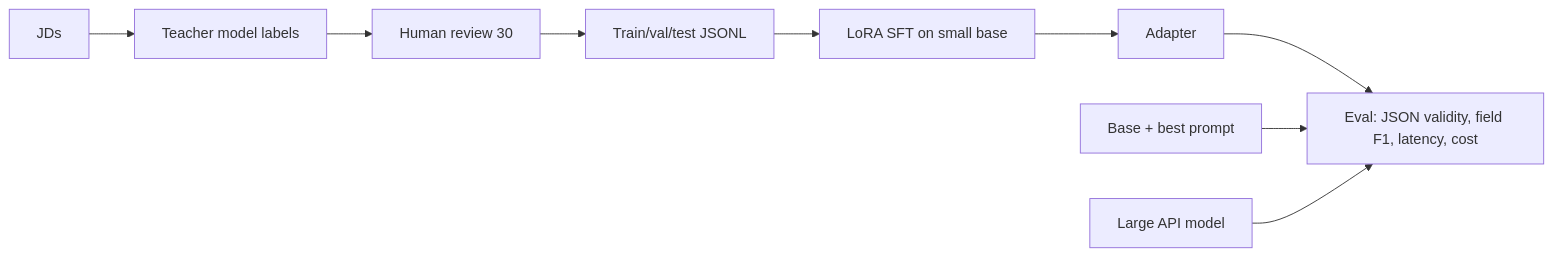
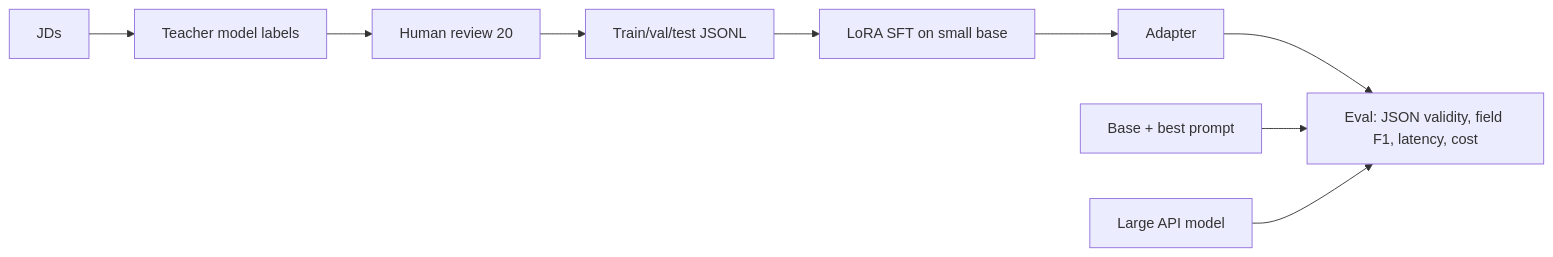
The fifth of 7 diagrams in AI Engineering/PROJECTS.md (Ricky6200/learning-plan), drawn with Mermaid before and after one commit. The commit also changed other lines of this file and 20 other files, not shown here.

````diff
--- a/AI Engineering/PROJECTS.md
+++ b/AI Engineering/PROJECTS.md
@@ -227,11 +234,11 @@
 ```mermaid
 flowchart LR
     J[JDs] --> T[Teacher model labels]
-    T --> H[Human review 30]
+    T --> H[Human review 20]
     H --> S[Train/val/test JSONL]
     S --> L[LoRA SFT on small base]
     L --> A[Adapter]
     A --> E["Eval: JSON validity, field F1, latency, cost"]
     B[Base + best prompt] --> E
     API[Large API model] --> E
 ```
````
